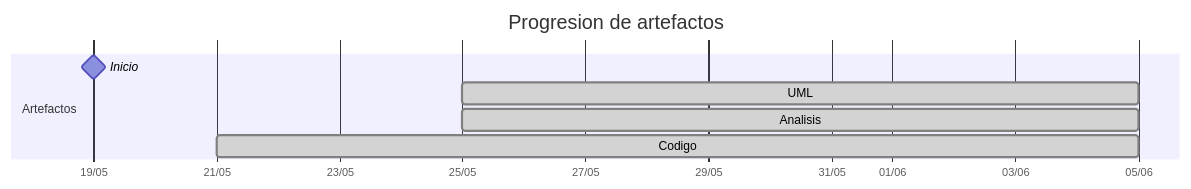
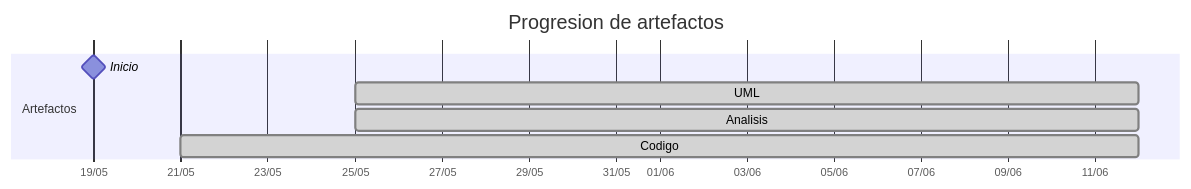
Before and after one commit to mmasias/25-26-idsw2-sdVC: the diagram in TIMELINES/marcosgutierrez6.md, drawn with Mermaid. The commit also changed other lines of this file and 9 other files, not shown here.

````diff
--- a/TIMELINES/marcosgutierrez6.md
+++ b/TIMELINES/marcosgutierrez6.md
@@ -20,11 +20,11 @@
 ```mermaid
 gantt
     title Progresion de artefactos
     dateFormat YYYY-MM-DD
     axisFormat %d/%m
     section Artefactos
         Inicio       :milestone, 2026-05-19, 0d
-        UML          :done, 2026-05-25, 2026-06-05
-        Analisis     :done, 2026-05-25, 2026-06-05
-        Codigo       :done, 2026-05-21, 2026-06-05
+        UML          :done, 2026-05-25, 2026-06-12
+        Analisis     :done, 2026-05-25, 2026-06-12
+        Codigo       :done, 2026-05-21, 2026-06-12
 ```
````
